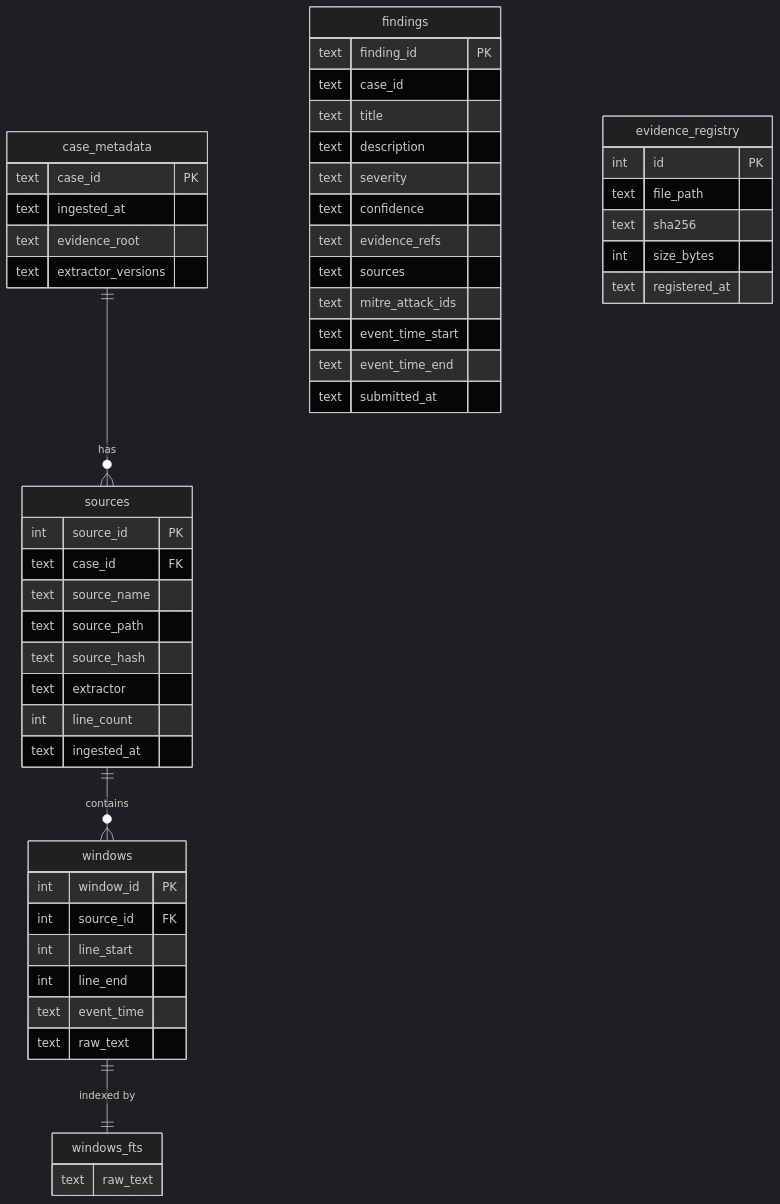
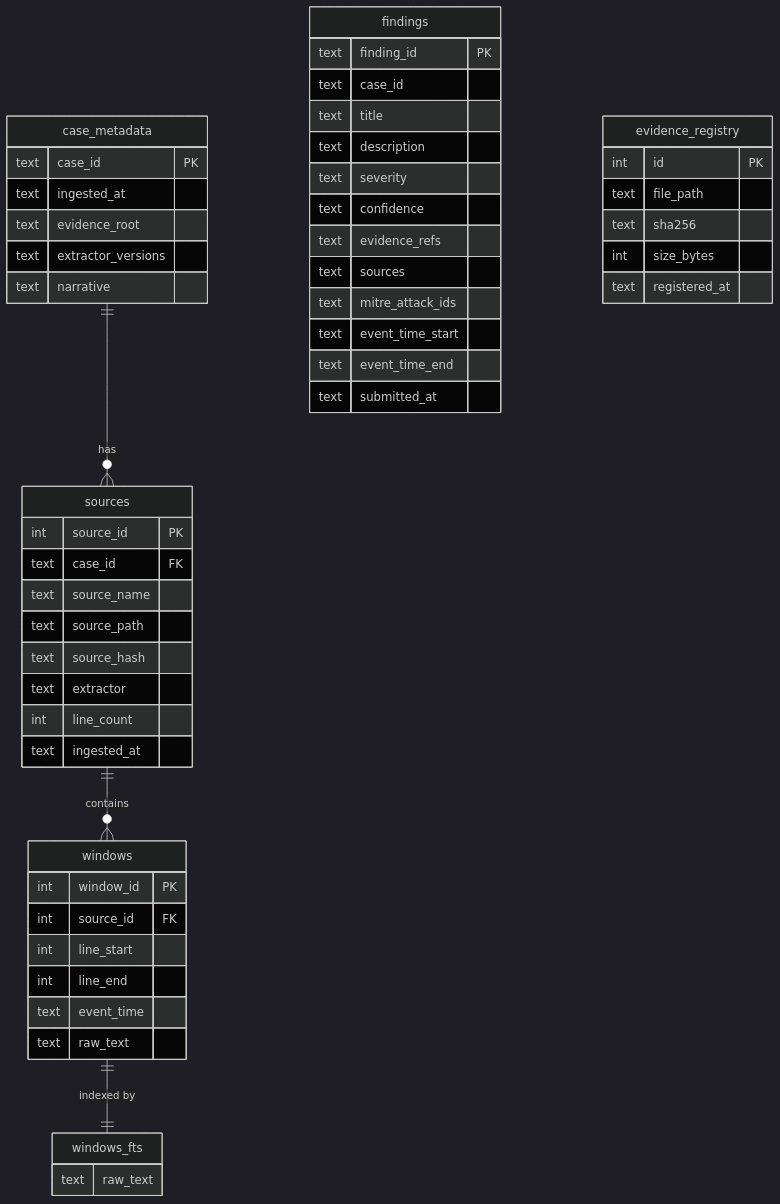
Before and after one commit to calebevans/mulder: the fourth of 5 diagrams in docs/architecture.md, drawn with Mermaid (dark theme). The commit also changed other lines of this file and 4 other files, not shown here.

````diff
--- a/docs/architecture.md
+++ b/docs/architecture.md
@@ -173,60 +179,61 @@
 ```mermaid
 erDiagram
     case_metadata {
         text case_id PK
         text ingested_at
         text evidence_root
         text extractor_versions
+        text narrative
     }
 
     sources {
         int source_id PK
         text case_id FK
         text source_name
         text source_path
         text source_hash
         text extractor
         int line_count
         text ingested_at
     }
 
     windows {
         int window_id PK
         int source_id FK
         int line_start
         int line_end
         text event_time
         text raw_text
     }
 
     windows_fts {
         text raw_text
     }
 
     findings {
         text finding_id PK
         text case_id
         text title
         text description
         text severity
         text confidence
         text evidence_refs
         text sources
         text mitre_attack_ids
         text event_time_start
         text event_time_end
         text submitted_at
     }
 
     evidence_registry {
         int id PK
         text file_path
         text sha256
         int size_bytes
         text registered_at
     }
 
     case_metadata ||--o{ sources : "has"
     sources ||--o{ windows : "contains"
     windows ||--|| windows_fts : "indexed by"
 ```
````
